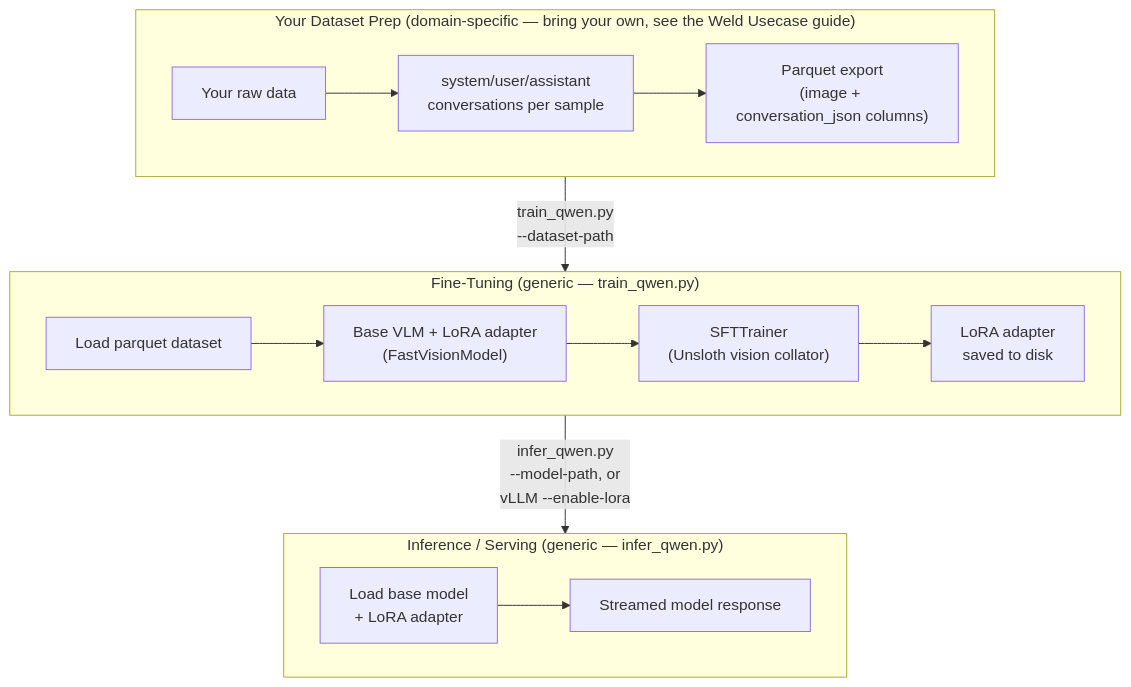
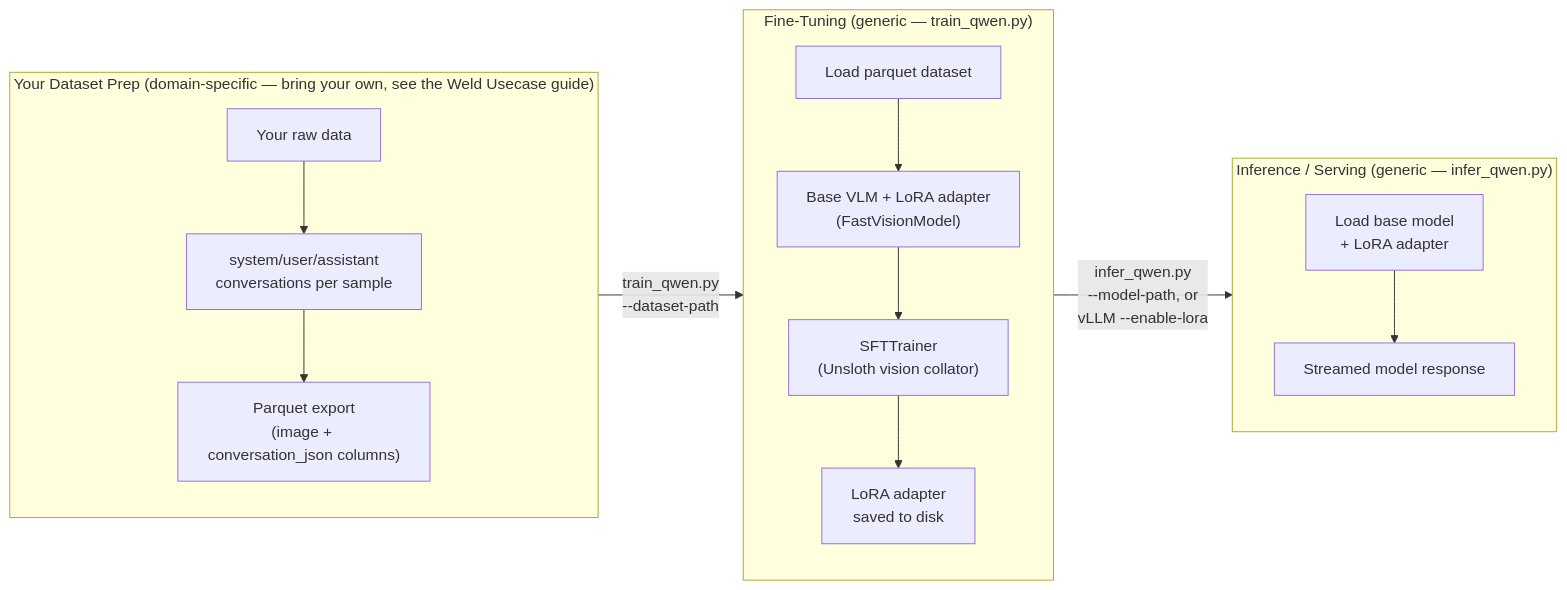
The diagram in manufacturing-ai-suite/industrial-edge-insights-multimodal/docs/user-guide/how-to-guides/how-to-fine-tune-vlm.md (open-edge-platform/edge-ai-suites), drawn with Mermaid before and after one commit.

Commit message:
reorient fine tune vlm arch

````diff
--- a/manufacturing-ai-suite/industrial-edge-insights-multimodal/docs/user-guide/how-to-guides/how-to-fine-tune-vlm.md
+++ b/manufacturing-ai-suite/industrial-edge-insights-multimodal/docs/user-guide/how-to-guides/how-to-fine-tune-vlm.md
@@ -140,23 +140,23 @@
 ```mermaid
-flowchart TD
+flowchart LR
     subgraph S0["Your Dataset Prep (domain-specific — bring your own, see the Weld Usecase guide)"]
-        direction LR
+        direction TD
         A["Your raw data"] --> B["system/user/assistant</br>conversations per sample"]
         B --> C["Parquet export</br>(image + conversation_json columns)"]
     end
 
     subgraph S1["Fine-Tuning (generic — train_qwen.py)"]
-        direction LR
+        direction TD
         E["Load parquet dataset"] --> F["Base VLM + LoRA adapter</br>(FastVisionModel)"]
         F --> G["SFTTrainer</br>(Unsloth vision collator)"]
         G --> H["LoRA adapter</br>saved to disk"]
     end
 
     subgraph S2["Inference / Serving (generic — infer_qwen.py)"]
-        direction LR
+        direction TD
         J["Load base model</br>+ LoRA adapter"] --> K["Streamed model response"]
     end
 
     C -->|"train_qwen.py</br>--dataset-path"| E
     H -->|"infer_qwen.py</br>--model-path, or</br>vLLM --enable-lora"| J
 ```
````
